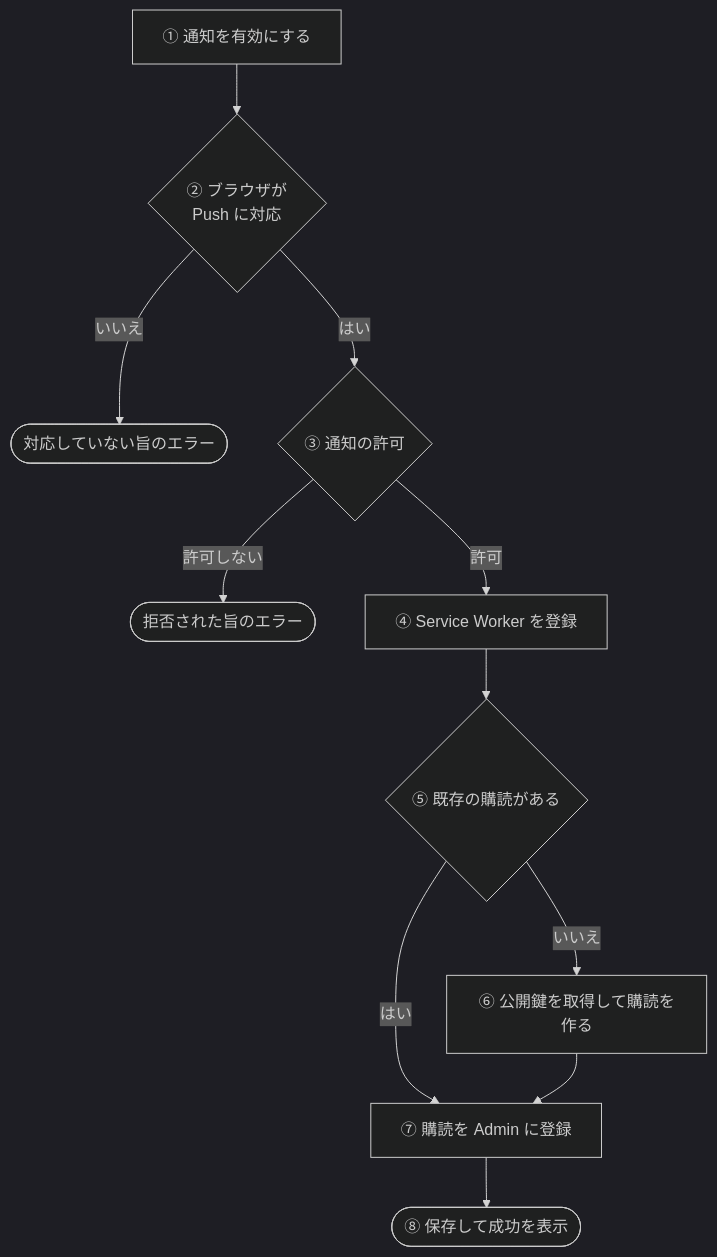
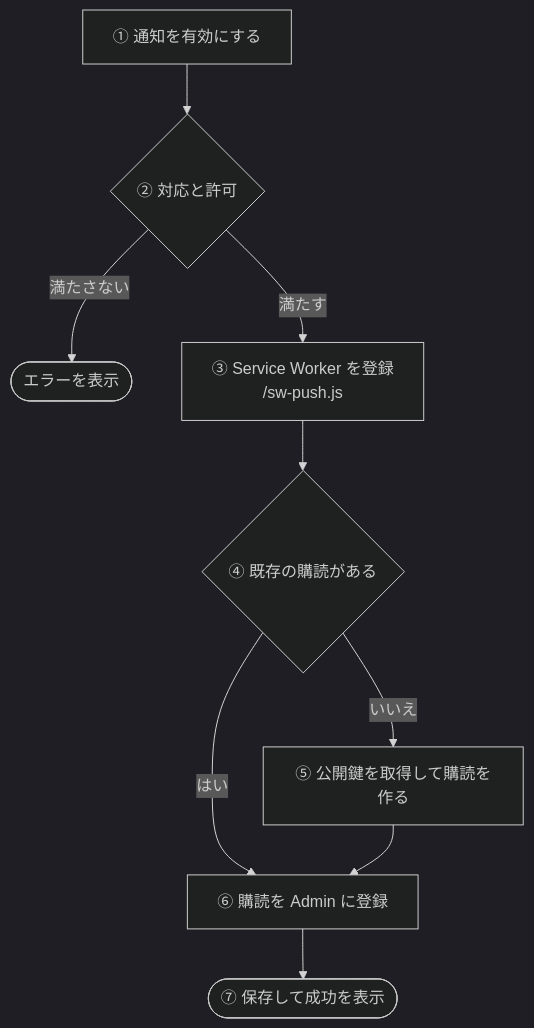
Before and after one commit to nagiyu/nagiyu-platform: the first of 2 diagrams in docs/services/admin/specs/flow/push-subscription.md, drawn with Mermaid (dark theme). The commit also changed other lines of this file and 7 other files, not shown here.

First line of the commit message:
docs(admin): flow・batch・term の文書を新しい配置に書き直す

````diff
--- a/docs/services/admin/specs/flow/push-subscription.md
+++ b/docs/services/admin/specs/flow/push-subscription.md
@@ -35,13 +27,11 @@
 ```mermaid
 flowchart TD
-    A[① 通知を有効にする] --> B{② ブラウザが<br/>Push に対応}
-    B -->|いいえ| X1([対応していない旨のエラー])
-    B -->|はい| C{③ 通知の許可}
-    C -->|許可しない| X2([拒否された旨のエラー])
-    C -->|許可| D[④ Service Worker を登録]
-    D --> E{⑤ 既存の購読がある}
-    E -->|いいえ| F[⑥ 公開鍵を取得して購読を作る]
-    E -->|はい| G[⑦ 購読を Admin に登録]
-    F --> G
-    G --> H([⑧ 保存して成功を表示])
+    A[① 通知を有効にする] --> B{② 対応と許可}
+    B -->|満たさない| X([エラーを表示])
+    B -->|満たす| C[③ Service Worker を登録<br/>/sw-push.js]
+    C --> D{④ 既存の購読がある}
+    D -->|いいえ| E[⑤ 公開鍵を取得して購読を作る]
+    D -->|はい| F[⑥ 購読を Admin に登録]
+    E --> F
+    F --> G([⑦ 保存して成功を表示])
 ```
````
